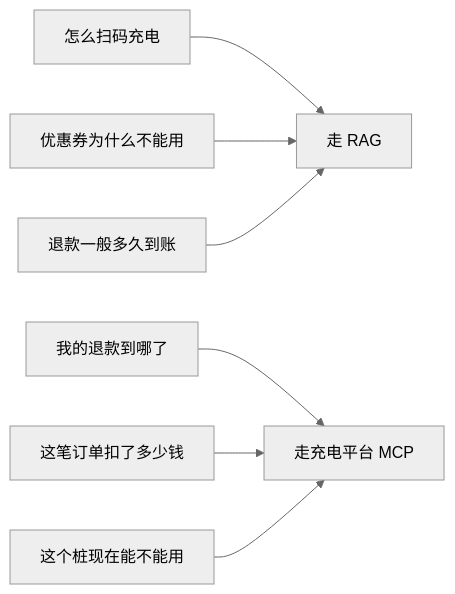
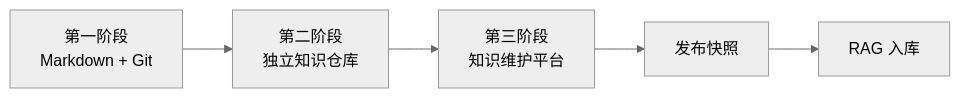
The third of 25 diagrams in docs/rag_service_design_report_v1.0.md (YYHRICH/dalizai-knowledge-rag-service), drawn with Mermaid (neutral theme) before and after one commit. The commit also changed other lines of this file, not shown here.

Commit message:
Refocus RAG design on knowledge governance

````diff
--- a/docs/rag_service_design_report_v1.0.md
+++ b/docs/rag_service_design_report_v1.0.md
@@ -128,9 +69,7 @@
 ```mermaid
 flowchart LR
-    Q1[怎么扫码充电] --> RAG[走 RAG]
-    Q2[优惠券为什么不能用] --> RAG
-    Q3[退款一般多久到账] --> RAG
-    Q4[我的退款到哪了] --> MCP[走退款 MCP]
-    Q5[这笔订单扣了多少钱] --> MCP[走订单 MCP]
-    Q6[这个桩现在能不能用] --> MCP[走充电平台 MCP]
+    M1[第一阶段<br/>Markdown + Git] --> M2[第二阶段<br/>独立知识仓库]
+    M2 --> M3[第三阶段<br/>知识维护平台]
+    M3 --> M4[发布快照]
+    M4 --> RAG[RAG 入库]
 ```
````
